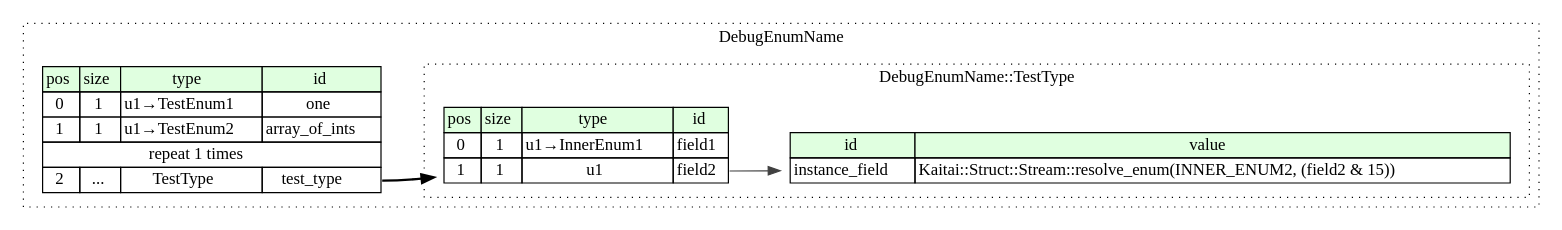
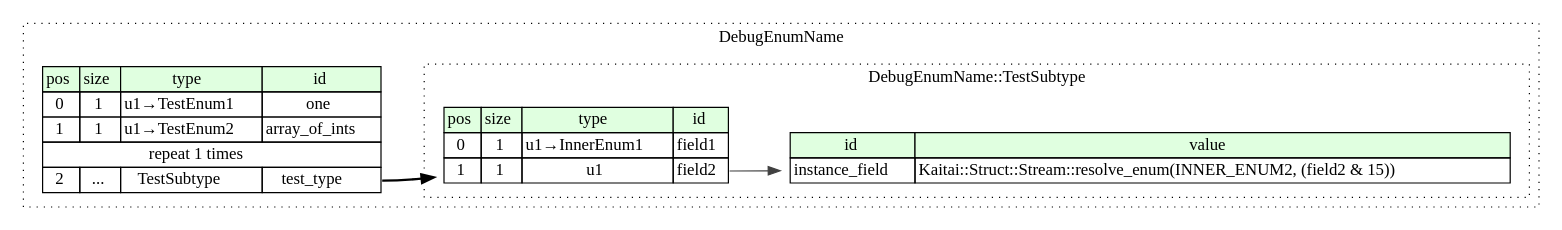
Before and after one commit to kaitai-io/ci_targets: the diagram in compiled/graphviz/debug_enum_name.dot, drawn with Graphviz. The commit also changed 270 other files, not shown here.

```diff
--- a/compiled/graphviz/debug_enum_name.dot
+++ b/compiled/graphviz/debug_enum_name.dot
@@ -1,32 +1,32 @@
 digraph {
 	rankdir=LR;
 	node [shape=plaintext];
 	subgraph cluster__debug_enum_name {
 		label="DebugEnumName";
 		graph[style=dotted];
 
 		debug_enum_name__seq [label=<<TABLE BORDER="0" CELLBORDER="1" CELLSPACING="0">
 			<TR><TD BGCOLOR="#E0FFE0">pos</TD><TD BGCOLOR="#E0FFE0">size</TD><TD BGCOLOR="#E0FFE0">type</TD><TD BGCOLOR="#E0FFE0">id</TD></TR>
 			<TR><TD PORT="one_pos">0</TD><TD PORT="one_size">1</TD><TD>u1→TestEnum1</TD><TD PORT="one_type">one</TD></TR>
 			<TR><TD PORT="array_of_ints_pos">1</TD><TD PORT="array_of_ints_size">1</TD><TD>u1→TestEnum2</TD><TD PORT="array_of_ints_type">array_of_ints</TD></TR>
 			<TR><TD COLSPAN="4" PORT="array_of_ints__repeat">repeat 1 times</TD></TR>
-			<TR><TD PORT="test_type_pos">2</TD><TD PORT="test_type_size">...</TD><TD>TestType</TD><TD PORT="test_type_type">test_type</TD></TR>
+			<TR><TD PORT="test_type_pos">2</TD><TD PORT="test_type_size">...</TD><TD>TestSubtype</TD><TD PORT="test_type_type">test_type</TD></TR>
 		</TABLE>>];
-		subgraph cluster__test_type {
-			label="DebugEnumName::TestType";
+		subgraph cluster__test_subtype {
+			label="DebugEnumName::TestSubtype";
 			graph[style=dotted];
 
-			test_type__seq [label=<<TABLE BORDER="0" CELLBORDER="1" CELLSPACING="0">
+			test_subtype__seq [label=<<TABLE BORDER="0" CELLBORDER="1" CELLSPACING="0">
 				<TR><TD BGCOLOR="#E0FFE0">pos</TD><TD BGCOLOR="#E0FFE0">size</TD><TD BGCOLOR="#E0FFE0">type</TD><TD BGCOLOR="#E0FFE0">id</TD></TR>
 				<TR><TD PORT="field1_pos">0</TD><TD PORT="field1_size">1</TD><TD>u1→InnerEnum1</TD><TD PORT="field1_type">field1</TD></TR>
 				<TR><TD PORT="field2_pos">1</TD><TD PORT="field2_size">1</TD><TD>u1</TD><TD PORT="field2_type">field2</TD></TR>
 			</TABLE>>];
-			test_type__inst__instance_field [label=<<TABLE BORDER="0" CELLBORDER="1" CELLSPACING="0">
+			test_subtype__inst__instance_field [label=<<TABLE BORDER="0" CELLBORDER="1" CELLSPACING="0">
 				<TR><TD BGCOLOR="#E0FFE0">id</TD><TD BGCOLOR="#E0FFE0">value</TD></TR>
 				<TR><TD>instance_field</TD><TD>Kaitai::Struct::Stream::resolve_enum(INNER_ENUM2, (field2 &amp; 15))</TD></TR>
 			</TABLE>>];
 		}
 	}
-	debug_enum_name__seq:test_type_type -> test_type__seq [style=bold];
-	test_type__seq:field2_type -> test_type__inst__instance_field [color="#404040"];
+	debug_enum_name__seq:test_type_type -> test_subtype__seq [style=bold];
+	test_subtype__seq:field2_type -> test_subtype__inst__instance_field [color="#404040"];
 }
```
